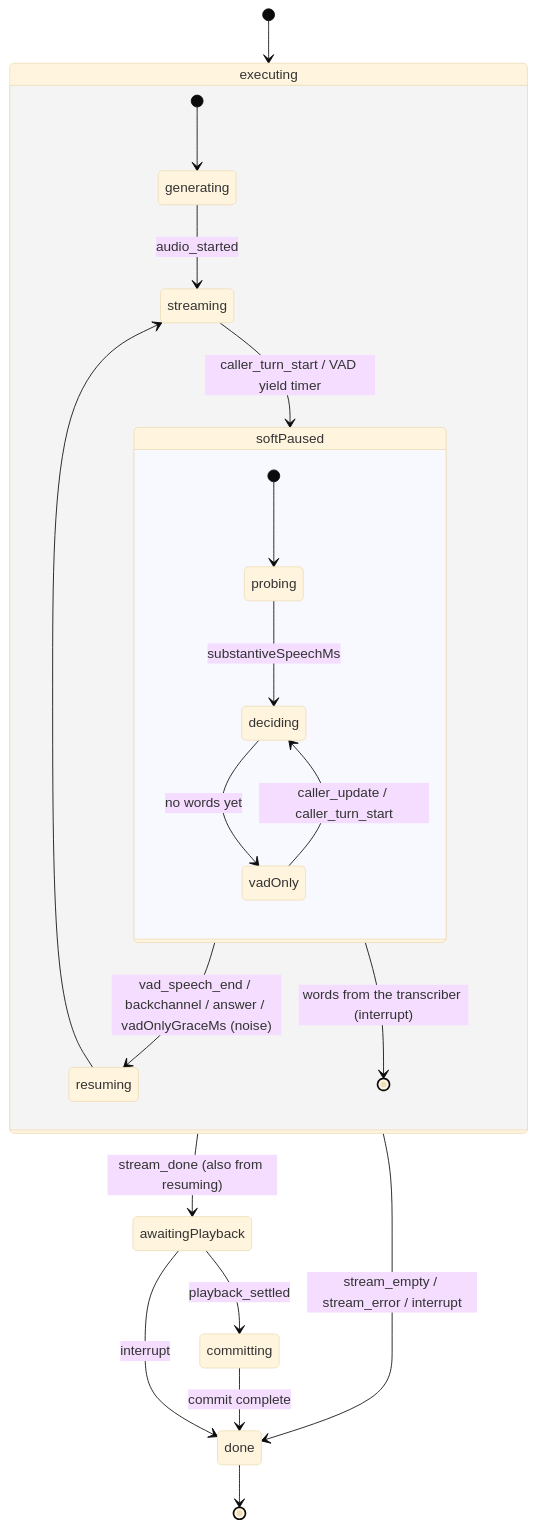
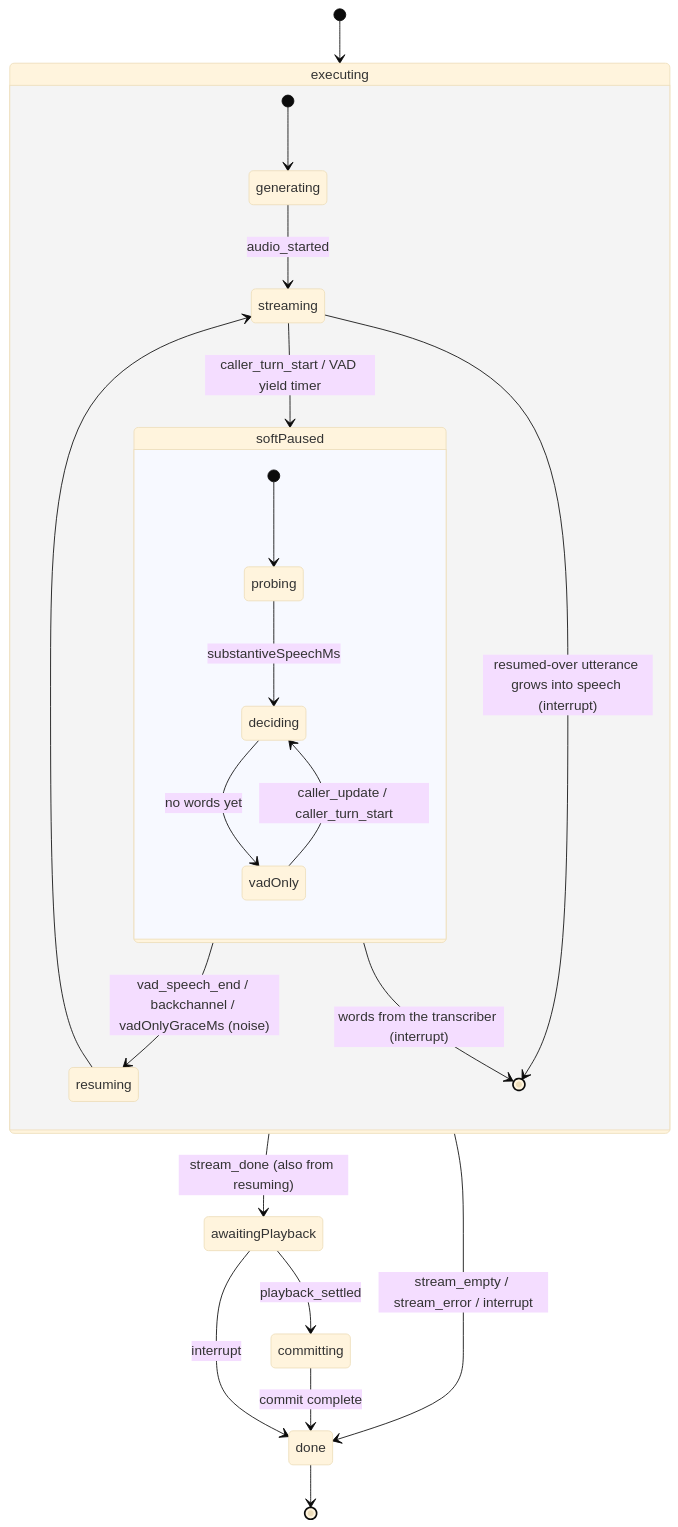
The fourth of 6 diagrams in packages/engine/src/README.md (underflowai/mimic), drawn with Mermaid (base theme) before and after one commit. The commit also changed other lines of this file and 31 other files, not shown here.

````diff
--- a/packages/engine/src/README.md
+++ b/packages/engine/src/README.md
@@ -137,24 +137,25 @@
 ```mermaid
 stateDiagram-v2
     [*] --> executing
     state executing {
         [*] --> generating
         generating --> streaming: audio_started
         streaming --> softPaused: caller_turn_start / VAD yield timer
         state softPaused {
             [*] --> probing
             probing --> deciding: substantiveSpeechMs
             deciding --> vadOnly: no words yet
             vadOnly --> deciding: caller_update / caller_turn_start
         }
-        softPaused --> resuming: vad_speech_end / backchannel / answer / vadOnlyGraceMs (noise)
+        softPaused --> resuming: vad_speech_end / backchannel / vadOnlyGraceMs (noise)
         softPaused --> [*]: words from the transcriber (interrupt)
         resuming --> streaming
+        streaming --> [*]: resumed-over utterance grows into speech (interrupt)
     }
     executing --> awaitingPlayback: stream_done (also from resuming)
     executing --> done: stream_empty / stream_error / interrupt
     awaitingPlayback --> committing: playback_settled
     awaitingPlayback --> done: interrupt
     committing --> done: commit complete
     done --> [*]
 ```
````
